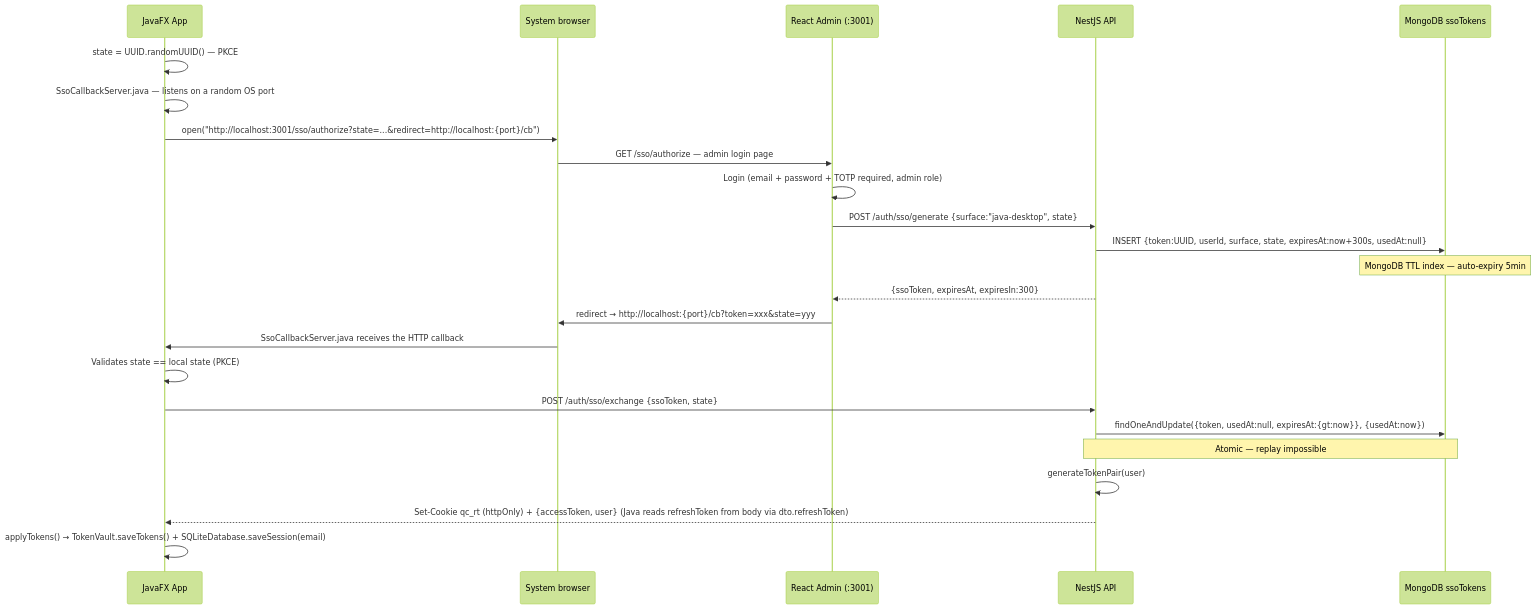
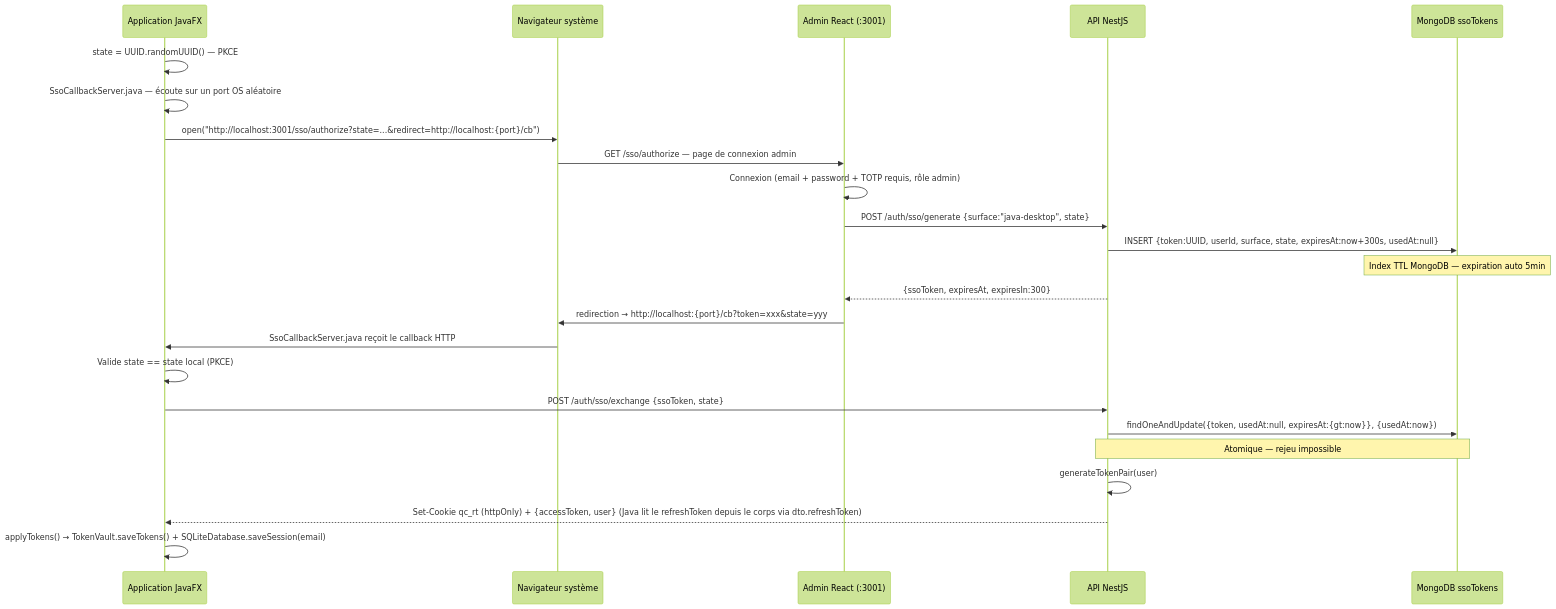
One commit to creibaud/QuartierConnect changed the fifth of 21 diagrams in docs/ARCHITECTURE.md. Above: the diagram before and after it, drawn with Mermaid (forest theme). The commit also changed other lines of this file and 27 other files, not shown here.

````diff
--- a/docs/ARCHITECTURE.md
+++ b/docs/ARCHITECTURE.md
@@ -205,27 +246,27 @@
 ```mermaid
 sequenceDiagram
-    participant Java as JavaFX App
-    participant Browser as System browser
-    participant Admin as React Admin (:3001)
-    participant API as NestJS API
+    participant Java as Application JavaFX
+    participant Browser as Navigateur système
+    participant Admin as Admin React (:3001)
+    participant API as API NestJS
     participant Mongo as MongoDB ssoTokens
 
     Java->>Java: state = UUID.randomUUID() — PKCE
-    Java->>Java: SsoCallbackServer.java — listens on a random OS port
+    Java->>Java: SsoCallbackServer.java — écoute sur un port OS aléatoire
     Java->>Browser: open("http://localhost:3001/sso/authorize?state=...&redirect=http://localhost:{port}/cb")
-    Browser->>Admin: GET /sso/authorize — admin login page
-    Admin->>Admin: Login (email + password + TOTP required, admin role)
+    Browser->>Admin: GET /sso/authorize — page de connexion admin
+    Admin->>Admin: Connexion (email + password + TOTP requis, rôle admin)
     Admin->>API: POST /auth/sso/generate {surface:"java-desktop", state}
     API->>Mongo: INSERT {token:UUID, userId, surface, state, expiresAt:now+300s, usedAt:null}
-    Note over Mongo: MongoDB TTL index — auto-expiry 5min
+    Note over Mongo: Index TTL MongoDB — expiration auto 5min
     API-->>Admin: {ssoToken, expiresAt, expiresIn:300}
-    Admin->>Browser: redirect → http://localhost:{port}/cb?token=xxx&state=yyy
-    Browser->>Java: SsoCallbackServer.java receives the HTTP callback
-    Java->>Java: Validates state == local state (PKCE)
+    Admin->>Browser: redirection → http://localhost:{port}/cb?token=xxx&state=yyy
+    Browser->>Java: SsoCallbackServer.java reçoit le callback HTTP
+    Java->>Java: Valide state == state local (PKCE)
     Java->>API: POST /auth/sso/exchange {ssoToken, state}
     API->>Mongo: findOneAndUpdate({token, usedAt:null, expiresAt:{gt:now}}, {usedAt:now})
-    Note over API,Mongo: Atomic — replay impossible
+    Note over API,Mongo: Atomique — rejeu impossible
     API->>API: generateTokenPair(user)
-    API-->>Java: Set-Cookie qc_rt (httpOnly) + {accessToken, user} (Java reads refreshToken from body via dto.refreshToken)
+    API-->>Java: Set-Cookie qc_rt (httpOnly) + {accessToken, user} (Java lit le refreshToken depuis le corps via dto.refreshToken)
     Java->>Java: applyTokens() → TokenVault.saveTokens() + SQLiteDatabase.saveSession(email)
 ```
````
